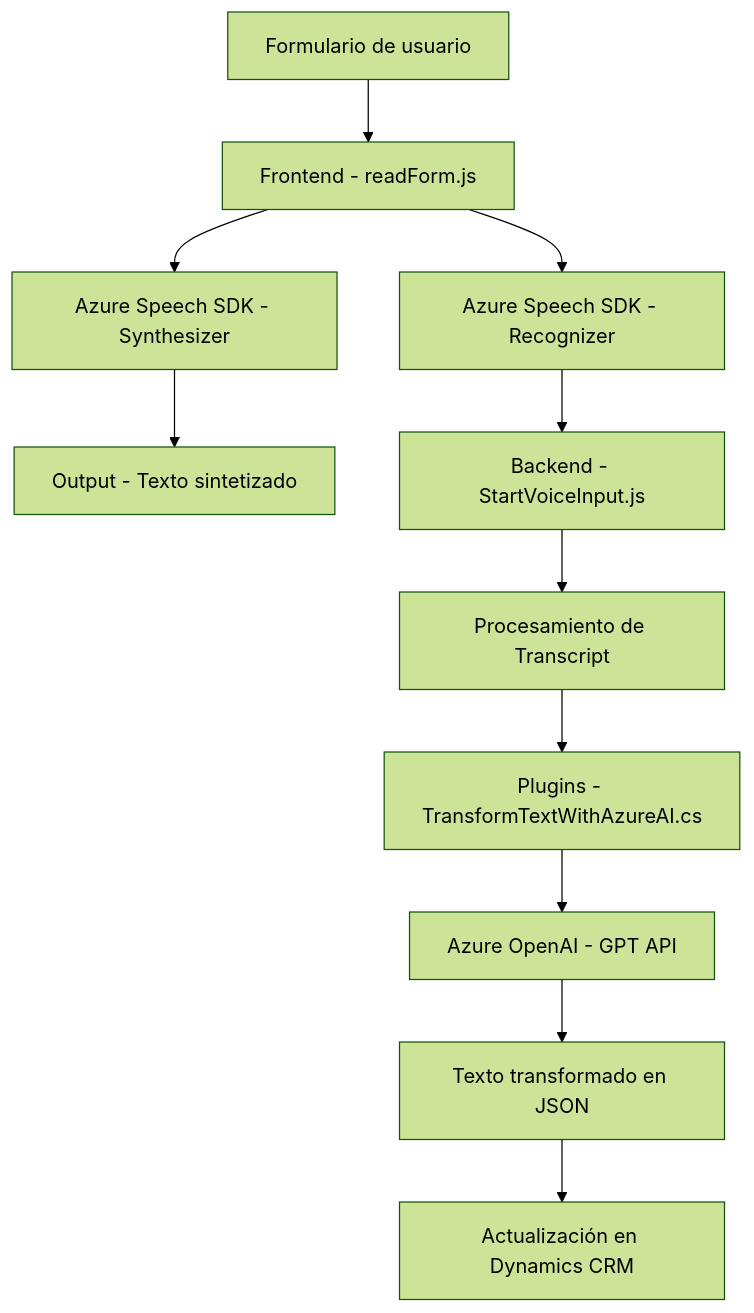
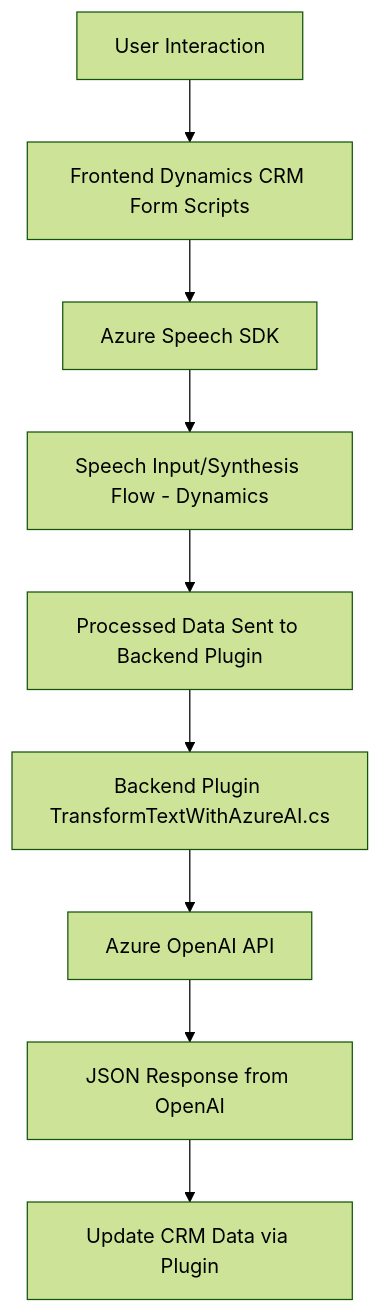
One commit to blopezdm/NETCORE_BILBAO2025 changed the diagram in README.md. Above: the diagram before and after it, drawn with Mermaid (forest theme). The commit also changed other lines of this file, not shown here.

````diff
--- a/README.md
+++ b/README.md
@@ -48,13 +47,11 @@
 ```mermaid
 graph TD
-    A["Formulario de usuario"] --> B["Frontend - readForm.js"]
-    B --> C["Azure Speech SDK - Synthesizer"]
-    B --> D["Azure Speech SDK - Recognizer"]
-    C --> E["Output - Texto sintetizado"]
-    D --> F["Backend - StartVoiceInput.js"]
-    F --> G["Procesamiento de Transcript"]
-    G --> H["Plugins - TransformTextWithAzureAI.cs"]
-    H --> I["Azure OpenAI - GPT API"]
-    I --> J["Texto transformado en JSON"]
-    J --> K["Actualización en Dynamics CRM"]
+  A["User Interaction"] --> B["Frontend Dynamics CRM Form Scripts"]
+  B --> C["Azure Speech SDK"]
+  C --> D["Speech Input/Synthesis Flow - Dynamics"]
+  D --> E["Processed Data Sent to Backend Plugin"]
+  E --> F["Backend Plugin TransformTextWithAzureAI.cs"]
+  F --> G["Azure OpenAI API"]
+  G --> H["JSON Response from OpenAI"]
+  H --> I["Update CRM Data via Plugin"]
 ```
````
